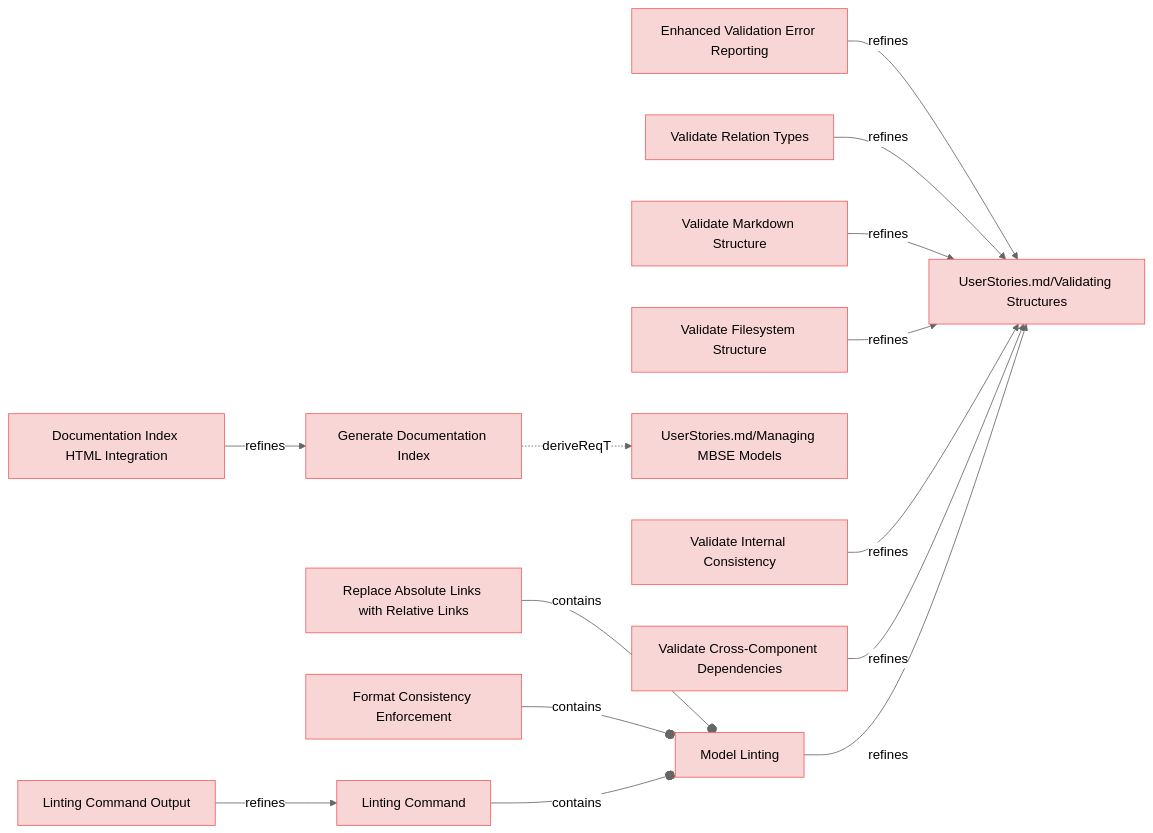
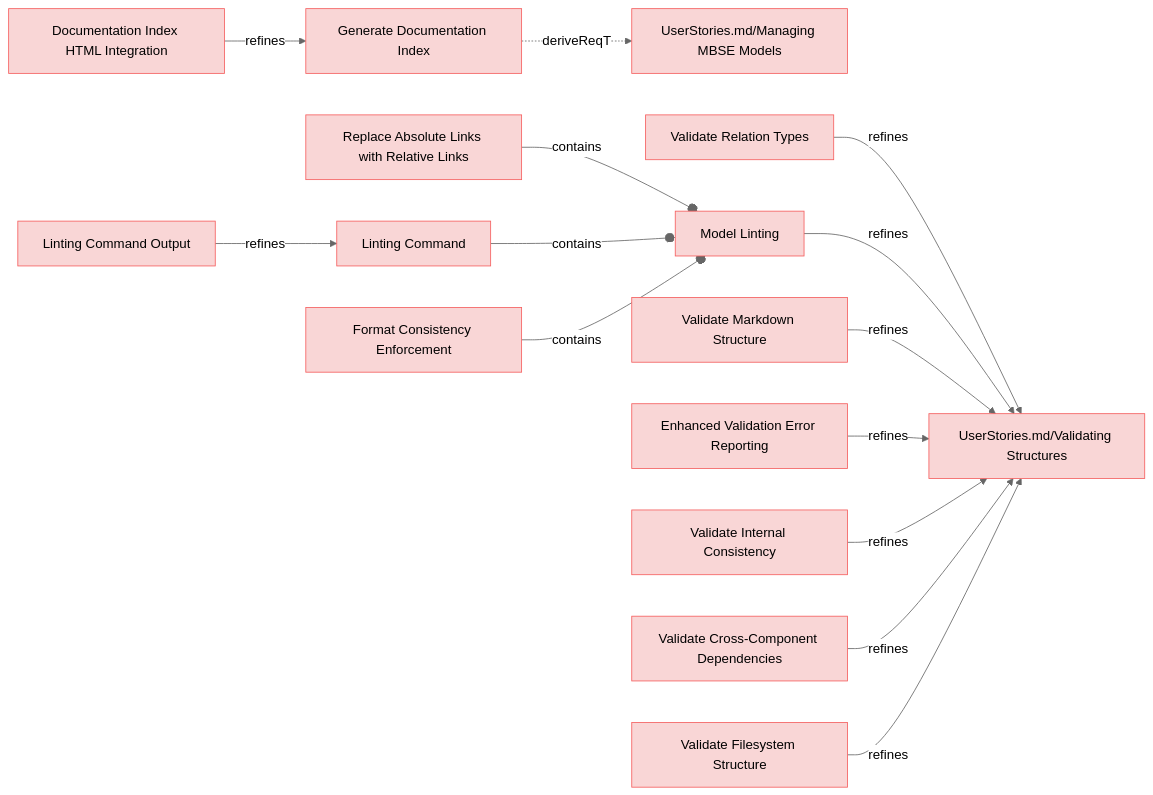
The third of 9 diagrams in specifications/UserRequirements.md (reqvire-org/reqvire), drawn with Mermaid (neutral theme) before and after one commit. The commit also changed other lines of this file and 17 other files, not shown here.

First line of the commit message:
Enhance diagram links with stable git repository URLs

````diff
--- a/specifications/UserRequirements.md
+++ b/specifications/UserRequirements.md
@@ -147,67 +147,67 @@
 ```mermaid
 graph LR;
   %% Graph styling
   classDef requirement fill:#f9d6d6,stroke:#f55f5f,stroke-width:1px;
   classDef verification fill:#d6f9d6,stroke:#5fd75f,stroke-width:1px;
   classDef externalLink fill:#d0e0ff,stroke:#3080ff,stroke-width:1px;
   classDef default fill:#f5f5f5,stroke:#333333,stroke-width:1px;
 
-  7cf5cf9900076be6["Enhanced Validation Error Reporting"];
-  click 7cf5cf9900076be6 "UserRequirements.md#enhanced-validation-error-reporting";
-  class 7cf5cf9900076be6 requirement;
+  f5b5eaeb28c5a7b1["Generate Documentation Index"];
+  click f5b5eaeb28c5a7b1 "https://github.com/ilijaljubicic/ReqFlow/blob/a94231473c9a4a56fe21608ebd13787e0cc3f2dc/specifications/UserRequirements.md#generate-documentation-index";
+  class f5b5eaeb28c5a7b1 requirement;
+  852dea6cfecb47f5["UserStories.md/Managing MBSE Models"];
+  class 852dea6cfecb47f5 requirement;
+  click 852dea6cfecb47f5 "https://github.com/ilijaljubicic/ReqFlow/blob/a94231473c9a4a56fe21608ebd13787e0cc3f2dc/specifications/UserStories.md#managing-mbse-models";
+  f5b5eaeb28c5a7b1 -.->|deriveReqT| 852dea6cfecb47f5;
+  e1c89b5d94837122["Documentation Index HTML Integration"];
+  click e1c89b5d94837122 "https://github.com/ilijaljubicic/ReqFlow/blob/a94231473c9a4a56fe21608ebd13787e0cc3f2dc/specifications/UserRequirements.md#documentation-index-html-integration";
+  class e1c89b5d94837122 requirement;
+  e1c89b5d94837122 -->|refines| f5b5eaeb28c5a7b1;
+  e587d63764466914["Validate Relation Types"];
+  click e587d63764466914 "https://github.com/ilijaljubicic/ReqFlow/blob/a94231473c9a4a56fe21608ebd13787e0cc3f2dc/specifications/UserRequirements.md#validate-relation-types";
+  class e587d63764466914 requirement;
   a60d88b6e2cb3842["UserStories.md/Validating Structures"];
   class a60d88b6e2cb3842 requirement;
-  click a60d88b6e2cb3842 "UserStories.md#validating-structures";
-  7cf5cf9900076be6 -->|refines| a60d88b6e2cb3842;
-  e1c89b5d94837122["Documentation Index HTML Integration"];
-  click e1c89b5d94837122 "UserRequirements.md#documentation-index-html-integration";
-  class e1c89b5d94837122 requirement;
-  f5b5eaeb28c5a7b1["Generate Documentation Index"];
-  class f5b5eaeb28c5a7b1 requirement;
-  click f5b5eaeb28c5a7b1 "UserRequirements.md#generate-documentation-index";
-  e1c89b5d94837122 -->|refines| f5b5eaeb28c5a7b1;
-  e587d63764466914["Validate Relation Types"];
-  click e587d63764466914 "UserRequirements.md#validate-relation-types";
-  class e587d63764466914 requirement;
+  click a60d88b6e2cb3842 "https://github.com/ilijaljubicic/ReqFlow/blob/a94231473c9a4a56fe21608ebd13787e0cc3f2dc/specifications/UserStories.md#validating-structures";
   e587d63764466914 -->|refines| a60d88b6e2cb3842;
-  85f6854a4607b76b["Replace Absolute Links with Relative Links"];
-  click 85f6854a4607b76b "UserRequirements.md#replace-absolute-links-with-relative-links";
-  class 85f6854a4607b76b requirement;
   103ddb8dc3242215["Model Linting"];
+  click 103ddb8dc3242215 "https://github.com/ilijaljubicic/ReqFlow/blob/a94231473c9a4a56fe21608ebd13787e0cc3f2dc/specifications/UserRequirements.md#model-linting";
   class 103ddb8dc3242215 requirement;
-  click 103ddb8dc3242215 "UserRequirements.md#model-linting";
-  85f6854a4607b76b --o|contains| 103ddb8dc3242215;
+  103ddb8dc3242215 -->|refines| a60d88b6e2cb3842;
   7b1772417b3ad5e["Validate Markdown Structure"];
-  click 7b1772417b3ad5e "UserRequirements.md#validate-markdown-structure";
+  click 7b1772417b3ad5e "https://github.com/ilijaljubicic/ReqFlow/blob/a94231473c9a4a56fe21608ebd13787e0cc3f2dc/specifications/UserRequirements.md#validate-markdown-structure";
   class 7b1772417b3ad5e requirement;
   7b1772417b3ad5e -->|refines| a60d88b6e2cb3842;
-  852dea6cfecb47f5["UserStories.md/Managing MBSE Models"];
-  class 852dea6cfecb47f5 requirement;
-  click 852dea6cfecb47f5 "UserStories.md#managing-mbse-models";
-  f5b5eaeb28c5a7b1 -.->|deriveReqT| 852dea6cfecb47f5;
-  d834cc4bc9dbb07c["Validate Filesystem Structure"];
-  click d834cc4bc9dbb07c "UserRequirements.md#validate-filesystem-structure";
-  class d834cc4bc9dbb07c requirement;
-  d834cc4bc9dbb07c -->|refines| a60d88b6e2cb3842;
-  81758bdb22a3329d["Format Consistency Enforcement"];
-  click 81758bdb22a3329d "UserRequirements.md#format-consistency-enforcement";
-  class 81758bdb22a3329d requirement;
-  81758bdb22a3329d --o|contains| 103ddb8dc3242215;
+  7cf5cf9900076be6["Enhanced Validation Error Reporting"];
+  click 7cf5cf9900076be6 "https://github.com/ilijaljubicic/ReqFlow/blob/a94231473c9a4a56fe21608ebd13787e0cc3f2dc/specifications/UserRequirements.md#enhanced-validation-error-reporting";
+  class 7cf5cf9900076be6 requirement;
+  7cf5cf9900076be6 -->|refines| a60d88b6e2cb3842;
   9e524ac696c43a26["Validate Internal Consistency"];
-  click 9e524ac696c43a26 "UserRequirements.md#validate-internal-consistency";
+  click 9e524ac696c43a26 "https://github.com/ilijaljubicic/ReqFlow/blob/a94231473c9a4a56fe21608ebd13787e0cc3f2dc/specifications/UserRequirements.md#validate-internal-consistency";
   class 9e524ac696c43a26 requirement;
   9e524ac696c43a26 -->|refines| a60d88b6e2cb3842;
   6e40bf9f83a718fa["Validate Cross-Component Dependencies"];
-  click 6e40bf9f83a718fa "UserRequirements.md#validate-cross-component-dependencies";
+  click 6e40bf9f83a718fa "https://github.com/ilijaljubicic/ReqFlow/blob/a94231473c9a4a56fe21608ebd13787e0cc3f2dc/specifications/UserRequirements.md#validate-cross-component-dependencies";
   class 6e40bf9f83a718fa requirement;
   6e40bf9f83a718fa -->|refines| a60d88b6e2cb3842;
-  103ddb8dc3242215 -->|refines| a60d88b6e2cb3842;
+  85f6854a4607b76b["Replace Absolute Links with Relative Links"];
+  click 85f6854a4607b76b "https://github.com/ilijaljubicic/ReqFlow/blob/a94231473c9a4a56fe21608ebd13787e0cc3f2dc/specifications/UserRequirements.md#replace-absolute-links-with-relative-links";
+  class 85f6854a4607b76b requirement;
+  85f6854a4607b76b --o|contains| 103ddb8dc3242215;
+  d834cc4bc9dbb07c["Validate Filesystem Structure"];
+  click d834cc4bc9dbb07c "https://github.com/ilijaljubicic/ReqFlow/blob/a94231473c9a4a56fe21608ebd13787e0cc3f2dc/specifications/UserRequirements.md#validate-filesystem-structure";
+  class d834cc4bc9dbb07c requirement;
+  d834cc4bc9dbb07c -->|refines| a60d88b6e2cb3842;
   808b1863c88b26c4["Linting Command Output"];
-  click 808b1863c88b26c4 "UserRequirements.md#linting-command-output";
+  click 808b1863c88b26c4 "https://github.com/ilijaljubicic/ReqFlow/blob/a94231473c9a4a56fe21608ebd13787e0cc3f2dc/specifications/UserRequirements.md#linting-command-output";
   class 808b1863c88b26c4 requirement;
   887a7d36caacab2b["Linting Command"];
   class 887a7d36caacab2b requirement;
-  click 887a7d36caacab2b "UserRequirements.md#linting-command";
+  click 887a7d36caacab2b "https://github.com/ilijaljubicic/ReqFlow/blob/a94231473c9a4a56fe21608ebd13787e0cc3f2dc/specifications/UserRequirements.md#linting-command";
   808b1863c88b26c4 -->|refines| 887a7d36caacab2b;
   887a7d36caacab2b --o|contains| 103ddb8dc3242215;
+  81758bdb22a3329d["Format Consistency Enforcement"];
+  click 81758bdb22a3329d "https://github.com/ilijaljubicic/ReqFlow/blob/a94231473c9a4a56fe21608ebd13787e0cc3f2dc/specifications/UserRequirements.md#format-consistency-enforcement";
+  class 81758bdb22a3329d requirement;
+  81758bdb22a3329d --o|contains| 103ddb8dc3242215;
 ```
````
